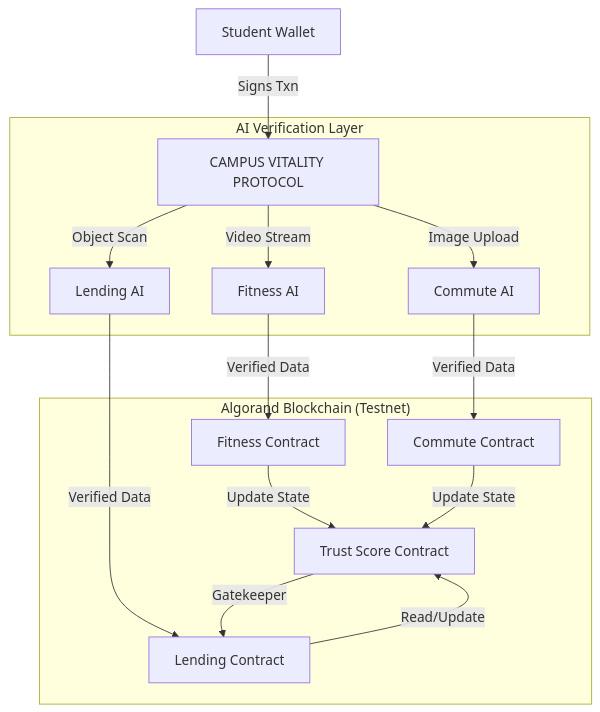
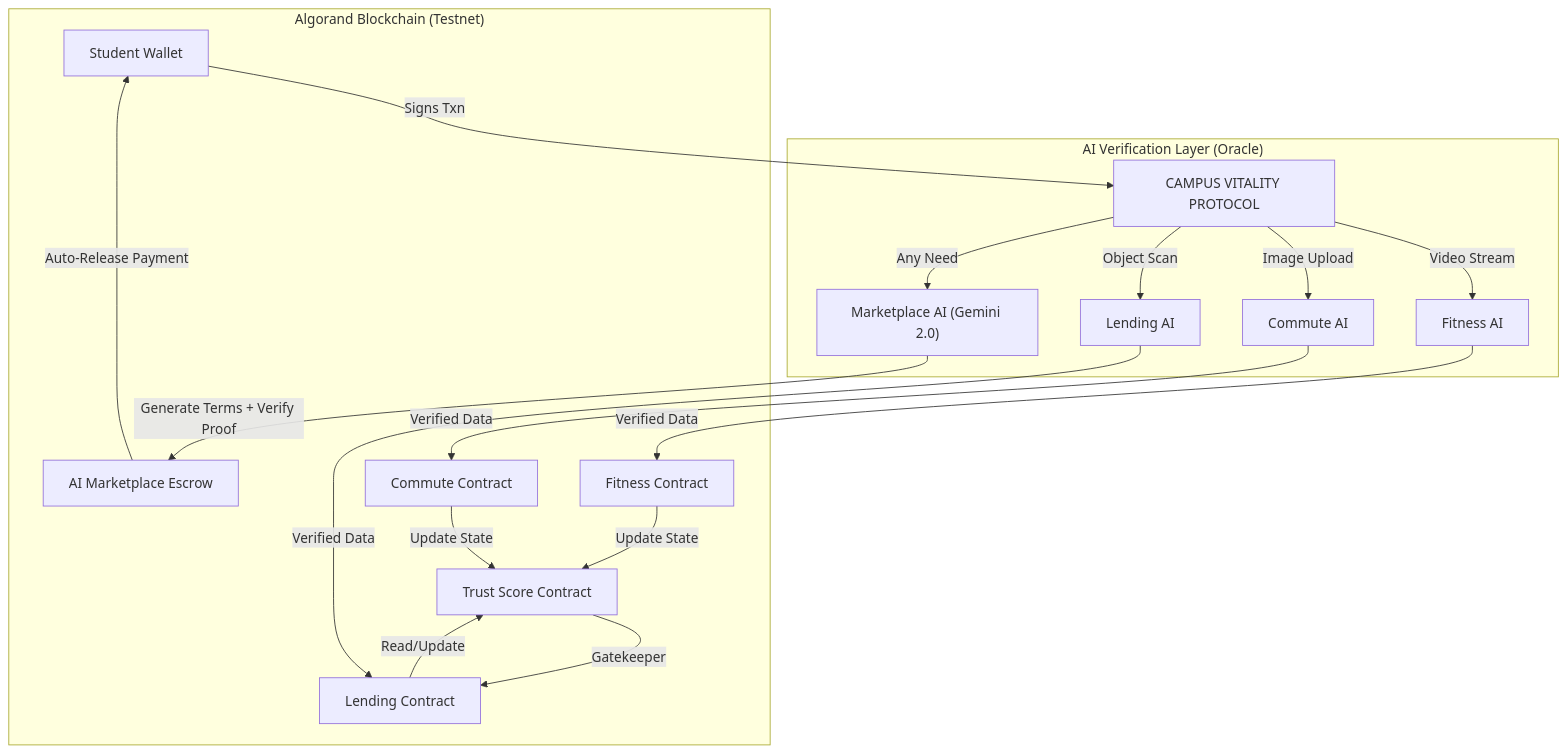
The diagram in README.md (miran786/PushBet--Algorand), drawn with Mermaid before and after one commit. The commit also changed other lines of this file, not shown here.

Commit message:
docs: elevate AI-Governed Marketplace as #1 innovation in README

````diff
--- a/README.md
+++ b/README.md
@@ -122,22 +137,25 @@
 ```mermaid
 graph TD
-    User[Student Wallet] -->|Signs Txn| App[CAMPUS VITALITY PROTOCOL]
+    User["Student Wallet"] -->|Signs Txn| App["CAMPUS VITALITY PROTOCOL"]
     
-    subgraph "AI Verification Layer"
-        App -->|Video Stream| MediaPipe[Fitness AI]
-        App -->|Image Upload| Gemini[Commute AI]
-        App -->|Object Scan| TensorFlow[Lending AI]
+    subgraph "AI Verification Layer (Oracle)"
+        App -->|Video Stream| MediaPipe["Fitness AI"]
+        App -->|Image Upload| Gemini["Commute AI"]
+        App -->|Object Scan| TensorFlow["Lending AI"]
+        App -->|Any Need| MarketAI["Marketplace AI (Gemini 2.0)"]
     end
     
     subgraph "Algorand Blockchain (Testnet)"
-        MediaPipe -->|Verified Data| SC_Fit[Fitness Contract]
-        Gemini -->|Verified Data| SC_Com[Commute Contract]
-        TensorFlow -->|Verified Data| SC_Lend[Lending Contract]
+        MediaPipe -->|Verified Data| SC_Fit["Fitness Contract"]
+        Gemini -->|Verified Data| SC_Com["Commute Contract"]
+        TensorFlow -->|Verified Data| SC_Lend["Lending Contract"]
+        MarketAI -->|Generate Terms + Verify Proof| SC_Market["AI Marketplace Escrow"]
         
-        SC_Fit -->|Update State| Trust[Trust Score Contract]
+        SC_Fit -->|Update State| Trust["Trust Score Contract"]
         SC_Com -->|Update State| Trust
         SC_Lend -->|Read/Update| Trust
+        SC_Market -->|Auto-Release Payment| User
         
         Trust -->|Gatekeeper| SC_Lend
     end
 ```
````
